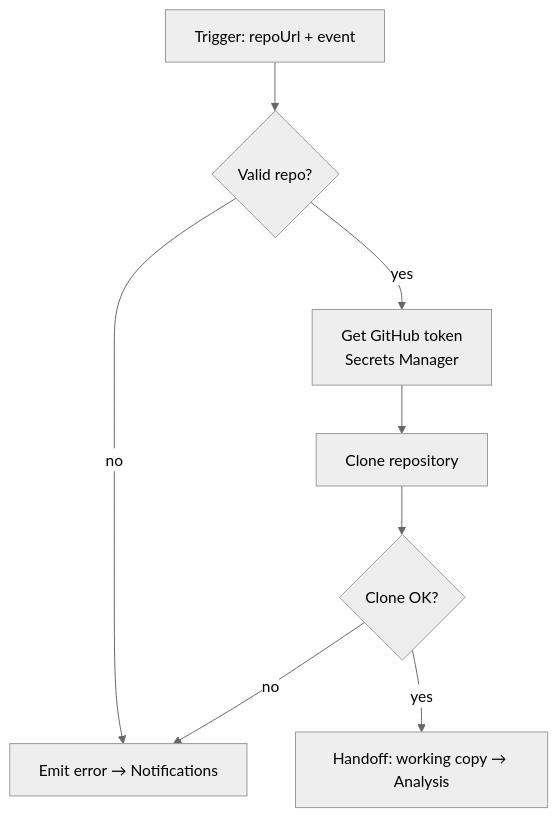
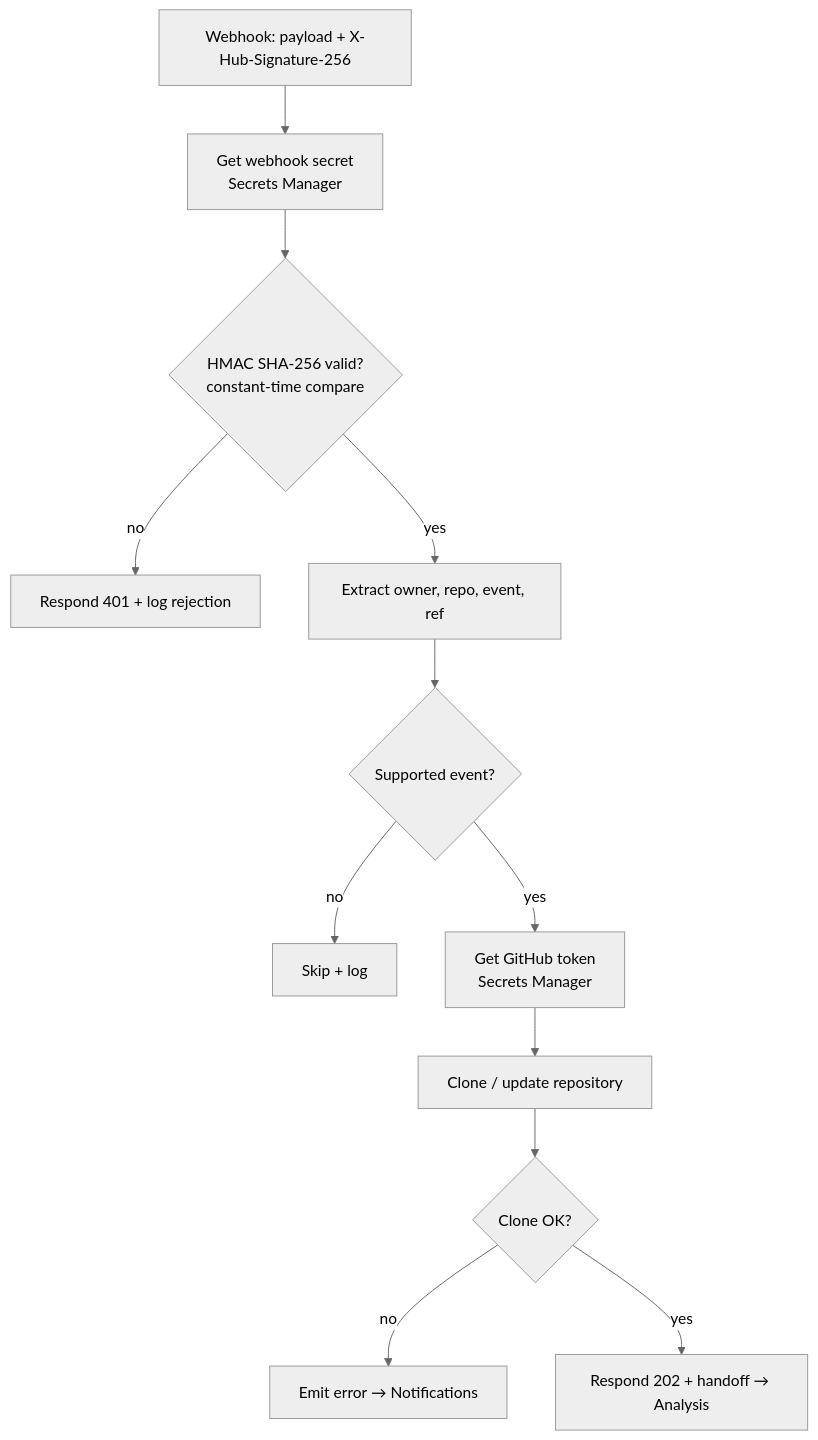
Before and after one commit to teddynted/ai-github-repository-blog-generator: the second of 6 diagrams in docs/workflows.md, drawn with Mermaid (neutral theme). The commit also changed other lines of this file and 9 other files, not shown here.

First line of the commit message:
docs: make GitHub Webhooks the primary trigger across the docs

````diff
--- a/docs/workflows.md
+++ b/docs/workflows.md
@@ -46,10 +46,14 @@
 ```mermaid
 flowchart TB
-    T[Trigger: repoUrl + event] --> V{Valid repo?}
-    V -- no --> E[Emit error → Notifications]
-    V -- yes --> S[Get GitHub token<br/>Secrets Manager]
-    S --> C[Clone repository]
-    C --> R{Clone OK?}
-    R -- no --> E
-    R -- yes --> H[Handoff: working copy → Analysis]
+    W[Webhook: payload + X-Hub-Signature-256] --> SEC[Get webhook secret<br/>Secrets Manager]
+    SEC --> HM{HMAC SHA-256 valid?<br/>constant-time compare}
+    HM -- no --> R401[Respond 401 + log rejection]
+    HM -- yes --> EX[Extract owner, repo, event, ref]
+    EX --> SUP{Supported event?}
+    SUP -- no --> SKIP[Skip + log]
+    SUP -- yes --> TOK[Get GitHub token<br/>Secrets Manager]
+    TOK --> C[Clone / update repository]
+    C --> OK{Clone OK?}
+    OK -- no --> E[Emit error → Notifications]
+    OK -- yes --> H[Respond 202 + handoff → Analysis]
 ```
````
